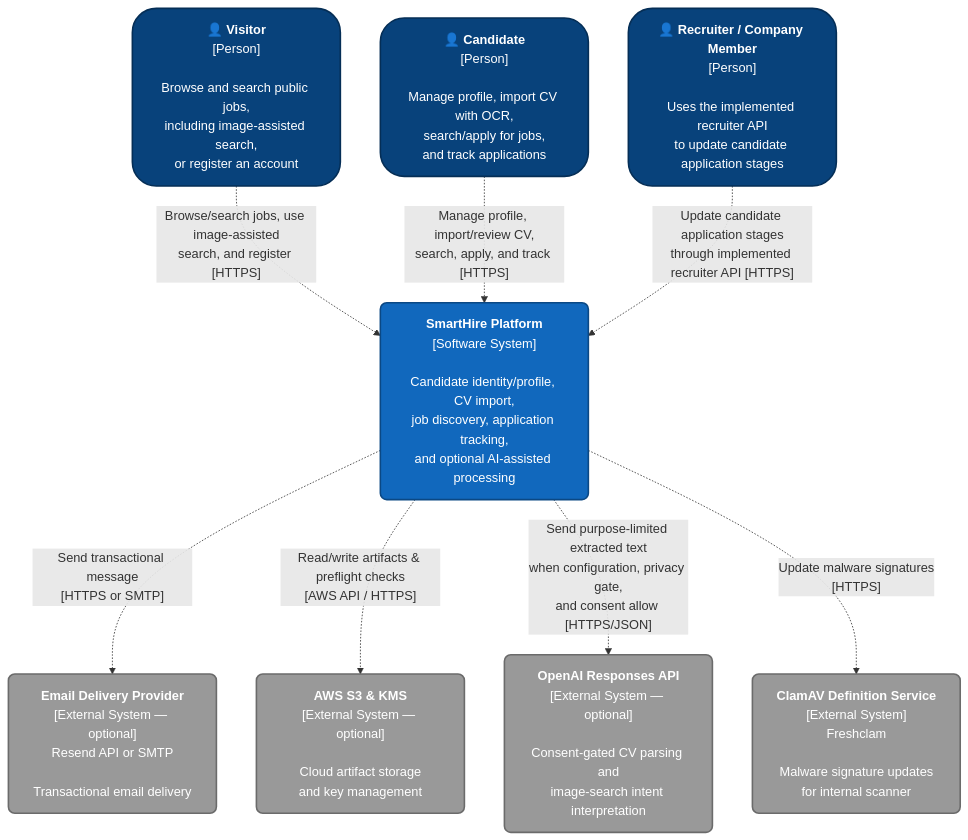
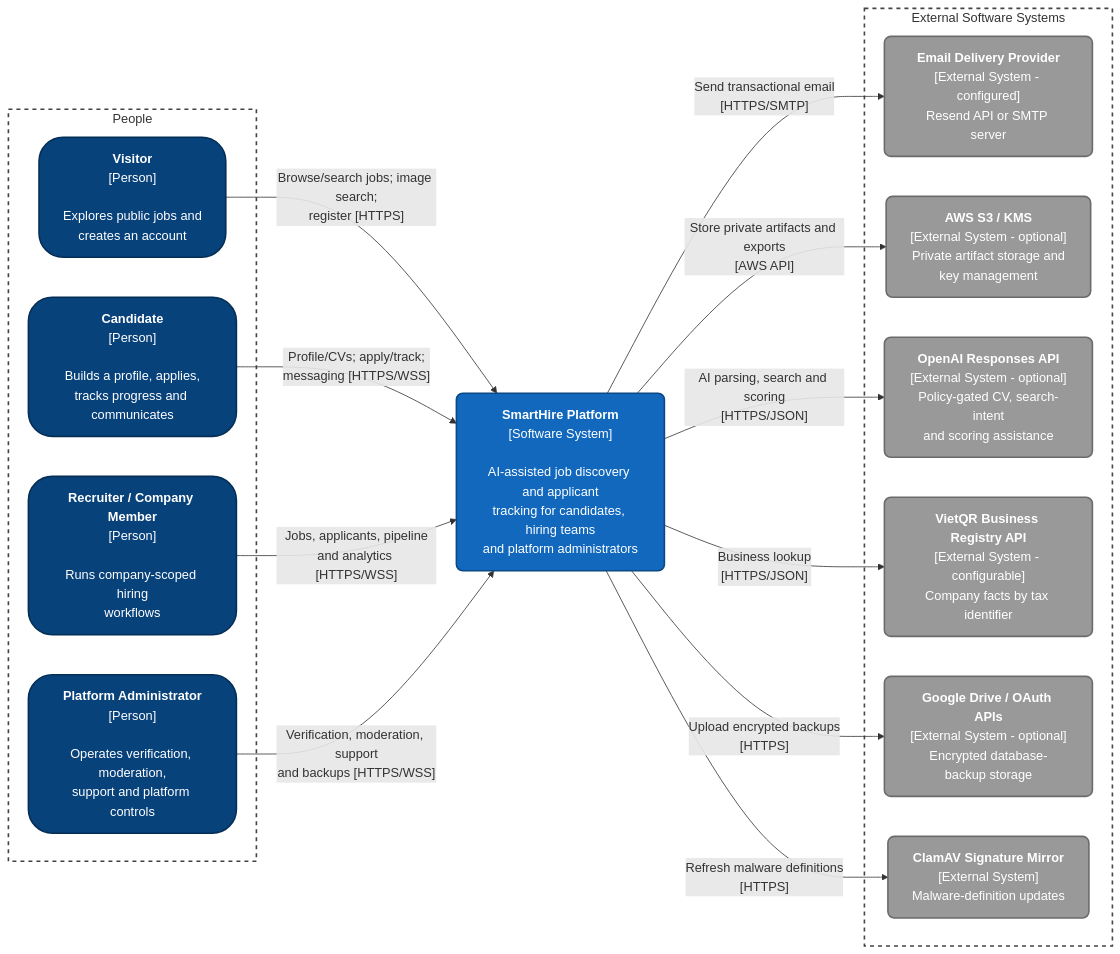
Before and after one commit to quocuy0112/Software-Engineering---Group-9: the diagram in docs/diagrams/system context diagram/System_Context.md, drawn with Mermaid. The commit also changed other lines of this file and 1 other file, not shown here.

Commit message:
Update C4 System Context and Frontend Component diagrams for PA5 final architecture

````diff
--- a/docs/diagrams/system context diagram/System_Context.md
+++ b/docs/diagrams/system context diagram/System_Context.md
@@ -7,31 +7,40 @@
 ```mermaid
-flowchart TD
+flowchart LR
     %% Standard C4 CSS Formatting
     classDef person fill:#08427b,stroke:#052e56,stroke-width:2px,color:#fff,rx:30px,ry:30px
     classDef system fill:#1168bd,stroke:#0b4884,stroke-width:2px,color:#fff,rx:8px,ry:8px
     classDef external fill:#999999,stroke:#6b6b6b,stroke-width:2px,color:#fff,rx:8px,ry:8px
+    classDef boundary fill:none,stroke:#444,stroke-width:2px,stroke-dasharray:5 5,color:#333
 
-    %% Actors Declaration
-    V["👤 <b>Visitor</b><br/>[Person]<br/><br/>Browse and search public jobs,<br/>including image-assisted search,<br/>or register an account"]:::person
-    C["👤 <b>Candidate</b><br/>[Person]<br/><br/>Manage profile, import CV with OCR,<br/>search/apply for jobs,<br/>and track applications"]:::person
-    R["👤 <b>Recruiter / Company Member</b><br/>[Person]<br/><br/>Uses the implemented recruiter API<br/>to update candidate application stages"]:::person
+    subgraph People [People]
+        V["<b>Visitor</b><br/>[Person]<br/><br/>Explores public jobs and<br/>creates an account"]:::person
+        C["<b>Candidate</b><br/>[Person]<br/><br/>Builds a profile, applies,<br/>tracks progress and communicates"]:::person
+        R["<b>Recruiter / Company Member</b><br/>[Person]<br/><br/>Runs company-scoped hiring<br/>workflows"]:::person
+        A["<b>Platform Administrator</b><br/>[Person]<br/><br/>Operates verification, moderation,<br/>support and platform controls"]:::person
+    end
 
-    %% Internal System Declaration
-    SH["<b>SmartHire Platform</b><br/>[Software System]<br/><br/>Candidate identity/profile, CV import,<br/>job discovery, application tracking,<br/>and optional AI-assisted processing"]:::system
+    SH["<b>SmartHire Platform</b><br/>[Software System]<br/><br/>AI-assisted job discovery and applicant<br/>tracking for candidates, hiring teams<br/>and platform administrators"]:::system
 
-    %% External Systems Declaration
-    EM["<b>Email Delivery Provider</b><br/>[External System — optional]<br/>Resend API or SMTP<br/><br/>Transactional email delivery"]:::external
-    ST["<b>AWS S3 & KMS</b><br/>[External System — optional]<br/><br/>Cloud artifact storage<br/>and key management"]:::external
-    AI["<b>OpenAI Responses API</b><br/>[External System — optional]<br/><br/>Consent-gated CV parsing and<br/>image-search intent interpretation"]:::external
-    AV["<b>ClamAV Definition Service</b><br/>[External System]<br/>Freshclam<br/><br/>Malware signature updates<br/>for internal scanner"]:::external
+    subgraph External_Systems [External Software Systems]
+        EM["<b>Email Delivery Provider</b><br/>[External System - configured]<br/>Resend API or SMTP server"]:::external
+        AWS["<b>AWS S3 / KMS</b><br/>[External System - optional]<br/>Private artifact storage and<br/>key management"]:::external
+        AI["<b>OpenAI Responses API</b><br/>[External System - optional]<br/>Policy-gated CV, search-intent<br/>and scoring assistance"]:::external
+        BR["<b>VietQR Business Registry API</b><br/>[External System - configurable]<br/>Company facts by tax identifier"]:::external
+        GD["<b>Google Drive / OAuth APIs</b><br/>[External System - optional]<br/>Encrypted database-backup storage"]:::external
+        AV["<b>ClamAV Signature Mirror</b><br/>[External System]<br/>Malware-definition updates"]:::external
+    end
 
-    %% Communication Flow
-    V -. "Browse/search jobs, use image-assisted<br/>search, and register [HTTPS]" .-> SH
-    C -. "Manage profile, import/review CV,<br/>search, apply, and track [HTTPS]" .-> SH
-    R -. "Update candidate application stages<br/>through implemented recruiter API [HTTPS]" .-> SH
+    V -->|"Browse/search jobs; image search;<br/>register [HTTPS]"| SH
+    C -->|"Profile/CVs; apply/track;<br/>messaging [HTTPS/WSS]"| SH
+    R -->|"Jobs, applicants, pipeline<br/>and analytics [HTTPS/WSS]"| SH
+    A -->|"Verification, moderation, support<br/>and backups [HTTPS/WSS]"| SH
 
-    SH -. "Send transactional message<br/>[HTTPS or SMTP]" .-> EM
-    SH -. "Read/write artifacts & preflight checks<br/>[AWS API / HTTPS]" .-> ST
-    SH -. "Send purpose-limited extracted text<br/>when configuration, privacy gate,<br/>and consent allow [HTTPS/JSON]" .-> AI
-    SH -. "Update malware signatures<br/>[HTTPS]" .-> AV
+    SH -->|"Send transactional email<br/>[HTTPS/SMTP]"| EM
+    SH -->|"Store private artifacts and exports<br/>[AWS API]"| AWS
+    SH -->|"AI parsing, search and scoring<br/>[HTTPS/JSON]"| AI
+    SH -->|"Business lookup<br/>[HTTPS/JSON]"| BR
+    SH -->|"Upload encrypted backups<br/>[HTTPS]"| GD
+    SH -->|"Refresh malware definitions<br/>[HTTPS]"| AV
+
+    class People,External_Systems boundary
 ```
````
